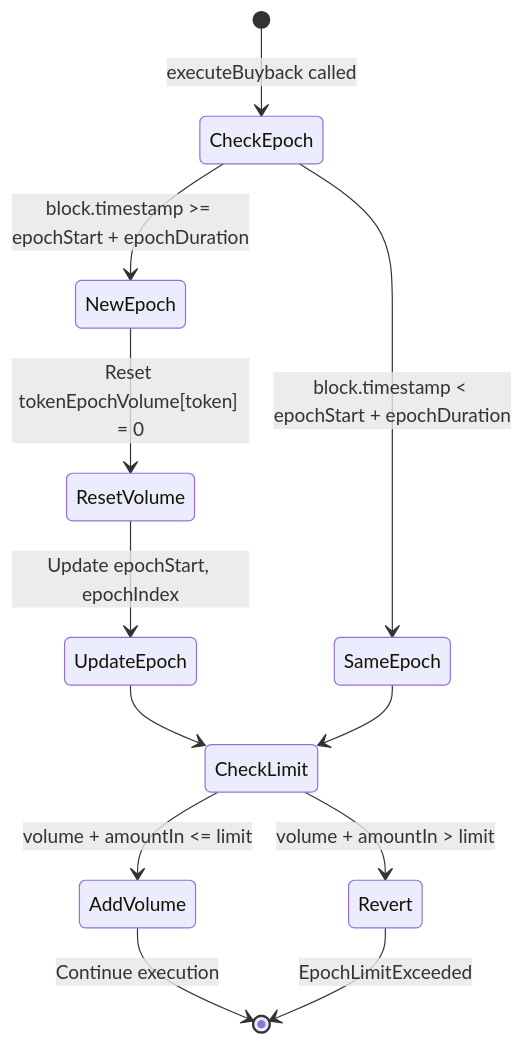
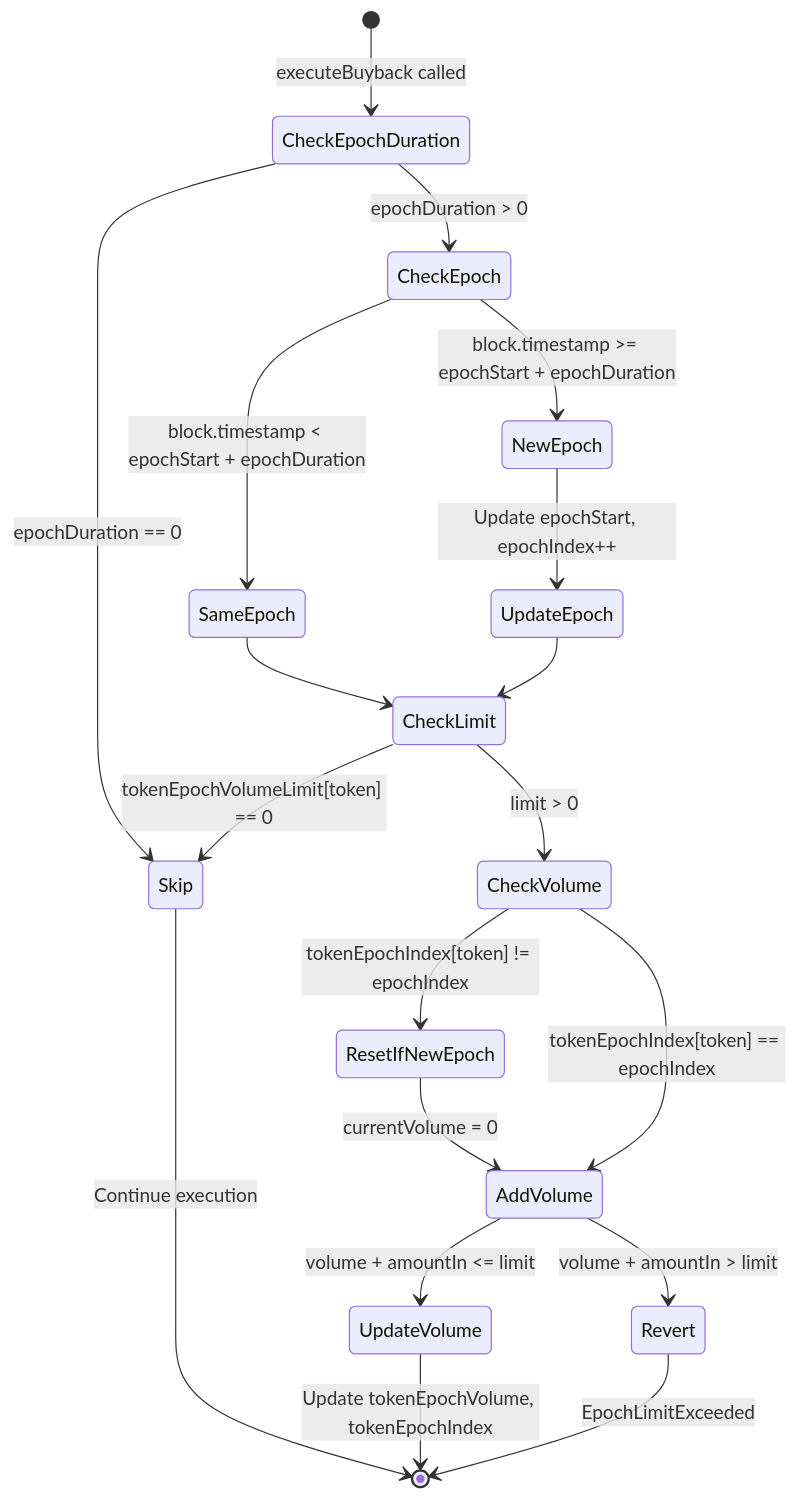
The second of 6 diagrams in docs/DESIGN.md (gensyn-network/gensyn-buyback), drawn with Mermaid before and after one commit. The commit also changed other lines of this file, not shown here.

````diff
--- a/docs/DESIGN.md
+++ b/docs/DESIGN.md
@@ -97,19 +80,30 @@
 ```mermaid
 stateDiagram-v2
-    [*] --> CheckEpoch: executeBuyback called
+    [*] --> CheckEpochDuration: executeBuyback called
+    
+    CheckEpochDuration --> Skip: epochDuration == 0
+    CheckEpochDuration --> CheckEpoch: epochDuration > 0
     
     CheckEpoch --> SameEpoch: block.timestamp < epochStart + epochDuration
     CheckEpoch --> NewEpoch: block.timestamp >= epochStart + epochDuration
     
-    NewEpoch --> ResetVolume: Reset tokenEpochVolume[token] = 0
-    ResetVolume --> UpdateEpoch: Update epochStart, epochIndex
+    NewEpoch --> UpdateEpoch: Update epochStart, epochIndex++
     UpdateEpoch --> CheckLimit
     
     SameEpoch --> CheckLimit
     
-    CheckLimit --> AddVolume: volume + amountIn <= limit
-    CheckLimit --> Revert: volume + amountIn > limit
+    CheckLimit --> Skip: tokenEpochVolumeLimit[token] == 0
+    CheckLimit --> CheckVolume: limit > 0
     
-    AddVolume --> [*]: Continue execution
+    CheckVolume --> ResetIfNewEpoch: tokenEpochIndex[token] != epochIndex
+    CheckVolume --> AddVolume: tokenEpochIndex[token] == epochIndex
+    
+    ResetIfNewEpoch --> AddVolume: currentVolume = 0
+    
+    AddVolume --> UpdateVolume: volume + amountIn <= limit
+    AddVolume --> Revert: volume + amountIn > limit
+    
+    UpdateVolume --> [*]: Update tokenEpochVolume, tokenEpochIndex
+    Skip --> [*]: Continue execution
     Revert --> [*]: EpochLimitExceeded
 ```
````
